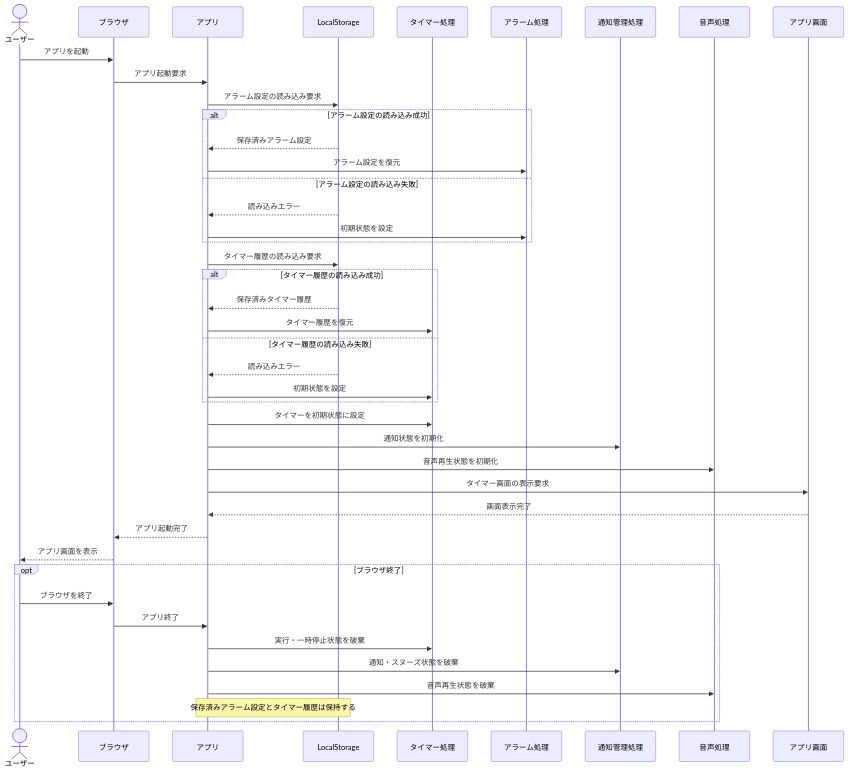
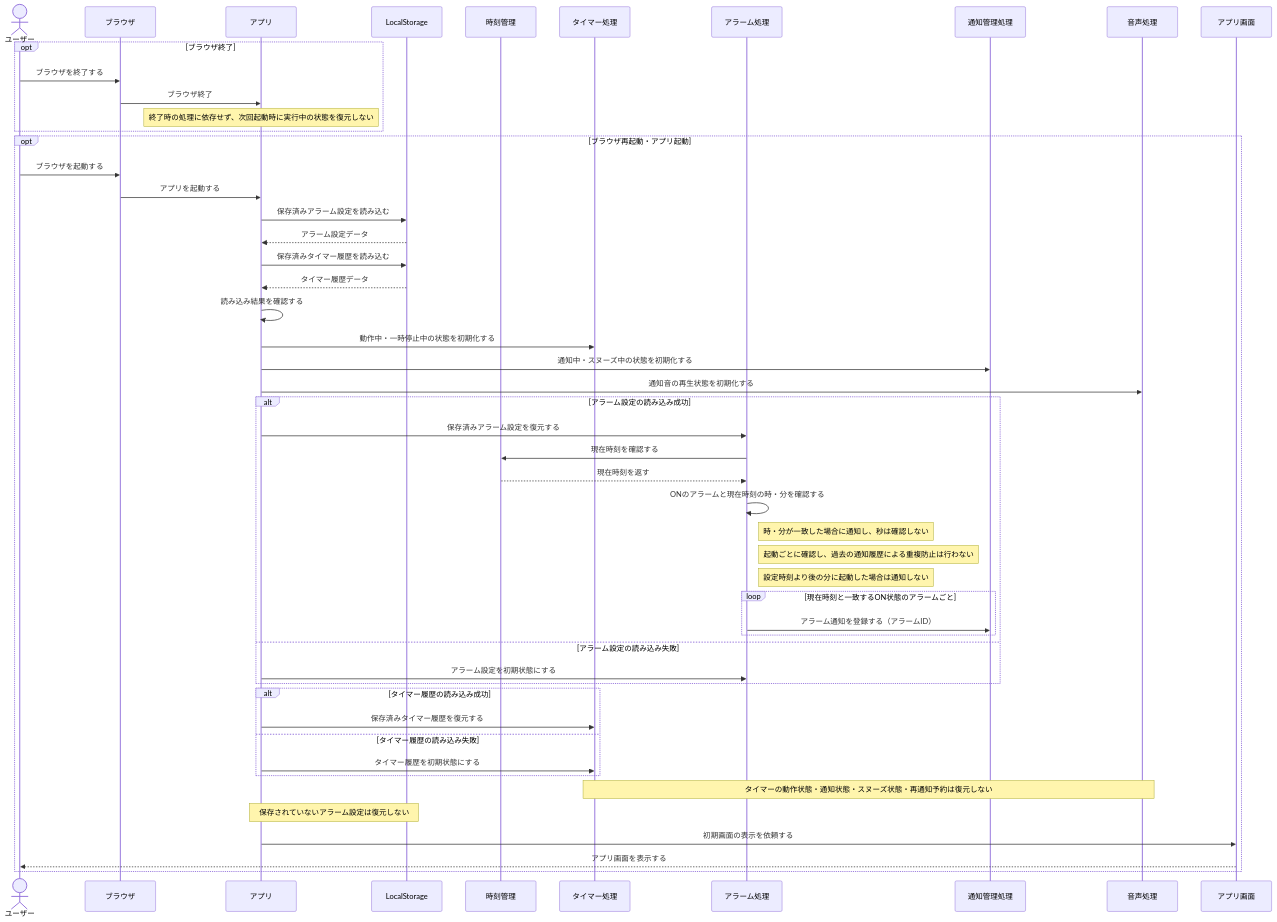
Before and after one commit to shun62201234-crypto/timerApplication: the ninth of 9 diagrams in document/設計/シーケンス図/共通シーケンス図.md, drawn with Mermaid. The commit also changed other lines of this file, not shown here.

First line of the commit message:
共通シーケンス図

````diff
--- a/document/設計/シーケンス図/共通シーケンス図.md
+++ b/document/設計/シーケンス図/共通シーケンス図.md
@@ -143,51 +265,67 @@
 ```mermaid
 sequenceDiagram
     actor User as ユーザー
     participant Browser as ブラウザ
     participant App as アプリ
     participant Storage as LocalStorage
+    participant Clock as 時刻管理
     participant Timer as タイマー処理
     participant Alarm as アラーム処理
     participant Notify as 通知管理処理
     participant Audio as 音声処理
     participant UI as アプリ画面
 
-    User->>Browser: アプリを起動
-    Browser->>App: アプリ起動要求
-    App->>Storage: アラーム設定の読み込み要求
-
-    alt アラーム設定の読み込み成功
-        Storage-->>App: 保存済みアラーム設定
-        App->>Alarm: アラーム設定を復元
-    else アラーム設定の読み込み失敗
-        Storage-->>App: 読み込みエラー
-        App->>Alarm: 初期状態を設定
+    opt ブラウザ終了
+        User->>Browser: ブラウザを終了する
+        Browser->>App: ブラウザ終了
+        Note over App: 終了時の処理に依存せず、次回起動時に実行中の状態を復元しない
     end
 
-    App->>Storage: タイマー履歴の読み込み要求
+    opt ブラウザ再起動・アプリ起動
+        User->>Browser: ブラウザを起動する
+        Browser->>App: アプリを起動する
 
-    alt タイマー履歴の読み込み成功
-        Storage-->>App: 保存済みタイマー履歴
-        App->>Timer: タイマー履歴を復元
-    else タイマー履歴の読み込み失敗
-        Storage-->>App: 読み込みエラー
-        App->>Timer: 初期状態を設定
-    end
+        App->>Storage: 保存済みアラーム設定を読み込む
+        Storage-->>App: アラーム設定データ
 
-    App->>Timer: タイマーを初期状態に設定
-    App->>Notify: 通知状態を初期化
-    App->>Audio: 音声再生状態を初期化
-    App->>UI: タイマー画面の表示要求
-    UI-->>App: 画面表示完了
-    App-->>Browser: アプリ起動完了
-    Browser-->>User: アプリ画面を表示
+        App->>Storage: 保存済みタイマー履歴を読み込む
+        Storage-->>App: タイマー履歴データ
 
-    opt ブラウザ終了
-        User->>Browser: ブラウザを終了
-        Browser->>App: アプリ終了
-        App->>Timer: 実行・一時停止状態を破棄
-        App->>Notify: 通知・スヌーズ状態を破棄
-        App->>Audio: 音声再生状態を破棄
-        Note over App,Storage: 保存済みアラーム設定とタイマー履歴は保持する
+        App->>App: 読み込み結果を確認する
+
+        App->>Timer: 動作中・一時停止中の状態を初期化する
+        App->>Notify: 通知中・スヌーズ中の状態を初期化する
+        App->>Audio: 通知音の再生状態を初期化する
+
+        alt アラーム設定の読み込み成功
+            App->>Alarm: 保存済みアラーム設定を復元する
+            Alarm->>Clock: 現在時刻を確認する
+            Clock-->>Alarm: 現在時刻を返す
+            Alarm->>Alarm: ONのアラームと現在時刻の時・分を確認する
+
+            Note right of Alarm: 時・分が一致した場合に通知し、秒は確認しない
+            Note right of Alarm: 起動ごとに確認し、過去の通知履歴による重複防止は行わない
+            Note right of Alarm: 設定時刻より後の分に起動した場合は通知しない
+
+            loop 現在時刻と一致するON状態のアラームごと
+                Alarm->>Notify: アラーム通知を登録する（アラームID）
+            end
+
+        else アラーム設定の読み込み失敗
+            App->>Alarm: アラーム設定を初期状態にする
+        end
+
+        alt タイマー履歴の読み込み成功
+            App->>Timer: 保存済みタイマー履歴を復元する
+        else タイマー履歴の読み込み失敗
+            App->>Timer: タイマー履歴を初期状態にする
+        end
+
+
+        Note over Timer,Audio: タイマーの動作状態・通知状態・スヌーズ状態・再通知予約は復元しない
+        Note over App,Storage: 保存されていないアラーム設定は復元しない
+
+        App->>UI: 初期画面の表示を依頼する
+        UI-->>User: アプリ画面を表示する
     end
 ```
````
